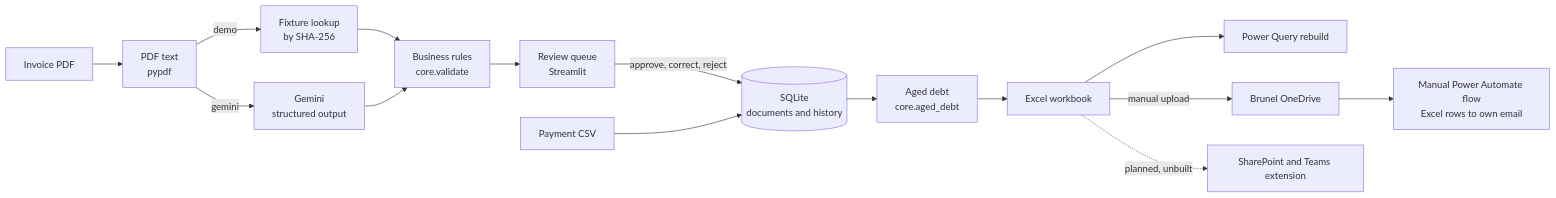
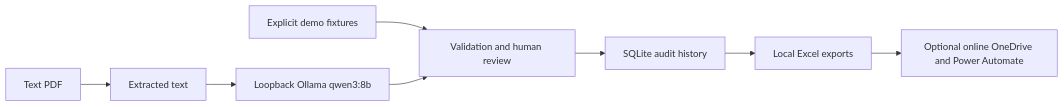
Before and after one commit to tazin-ahmed-sifat/ar-copilot: the diagram in README.md, drawn with Mermaid. The commit also changed other lines of this file and 12 other files, not shown here.

Commit message:
Document Ollama extraction and separate online automation

````diff
--- a/README.md
+++ b/README.md
@@ -34,17 +15,10 @@
 ```mermaid
 flowchart LR
-    PDF[Invoice PDF] --> TEXT[PDF text<br/>pypdf]
-    TEXT -->|demo| FIXTURE[Fixture lookup<br/>by SHA-256]
-    TEXT -->|gemini| GEMINI[Gemini<br/>structured output]
-    FIXTURE --> RULES[Business rules<br/>core.validate]
-    GEMINI --> RULES
-    RULES --> QUEUE[Review queue<br/>Streamlit]
-    QUEUE -->|approve, correct, reject| DB[(SQLite<br/>documents and history)]
-    LEDGER[Payment CSV] --> DB
-    DB --> AGING[Aged debt<br/>core.aged_debt]
-    AGING --> XLSX[Excel workbook]
-    XLSX --> PQ[Power Query rebuild]
-    XLSX -->|manual upload| OD[Brunel OneDrive]
-    OD --> FLOW[Manual Power Automate flow<br/>Excel rows to own email]
-    XLSX -.->|planned, unbuilt| M365[SharePoint and Teams extension]
+    PDF[Text PDF] --> TEXT[Extracted text]
+    TEXT --> OLLAMA[Loopback Ollama qwen3:8b]
+    DEMO[Explicit demo fixtures] --> REVIEW[Validation and human review]
+    OLLAMA --> REVIEW
+    REVIEW --> DB[SQLite audit history]
+    DB --> EXCEL[Local Excel exports]
+    EXCEL --> M365[Optional online OneDrive and Power Automate]
 ```
````
